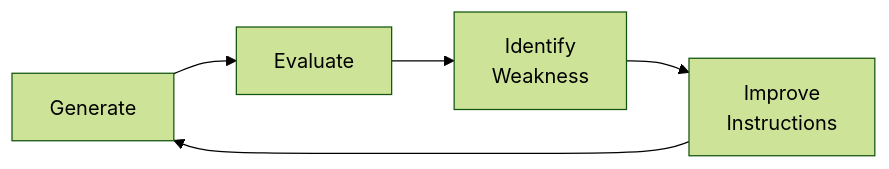
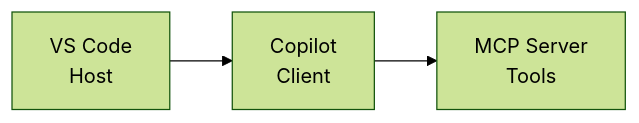
Before and after one commit to tammym-demos/ghcp-agentic-hack: the third of 4 diagrams in workshops/copilot-dev-advanced/copilot-dev-advanced.slidev.md, drawn with Mermaid (forest theme). The commit also changed other lines of this file and 20 other files, not shown here.

````diff
--- a/workshops/copilot-dev-advanced/copilot-dev-advanced.slidev.md
+++ b/workshops/copilot-dev-advanced/copilot-dev-advanced.slidev.md
@@ -545,7 +282,5 @@
-```mermaid {scale: 0.6}
+```mermaid {scale: 0.75}
 graph LR
-    A["Generate"] --> B["Evaluate"]
-    B --> C["Identify<br/>Weakness"]
-    C --> D["Improve<br/>Instructions"]
-    D --> A
+    A["VS Code<br/>Host"] --> B["Copilot<br/>Client"]
+    B --> C["MCP Server<br/>Tools"]
 ```
````
